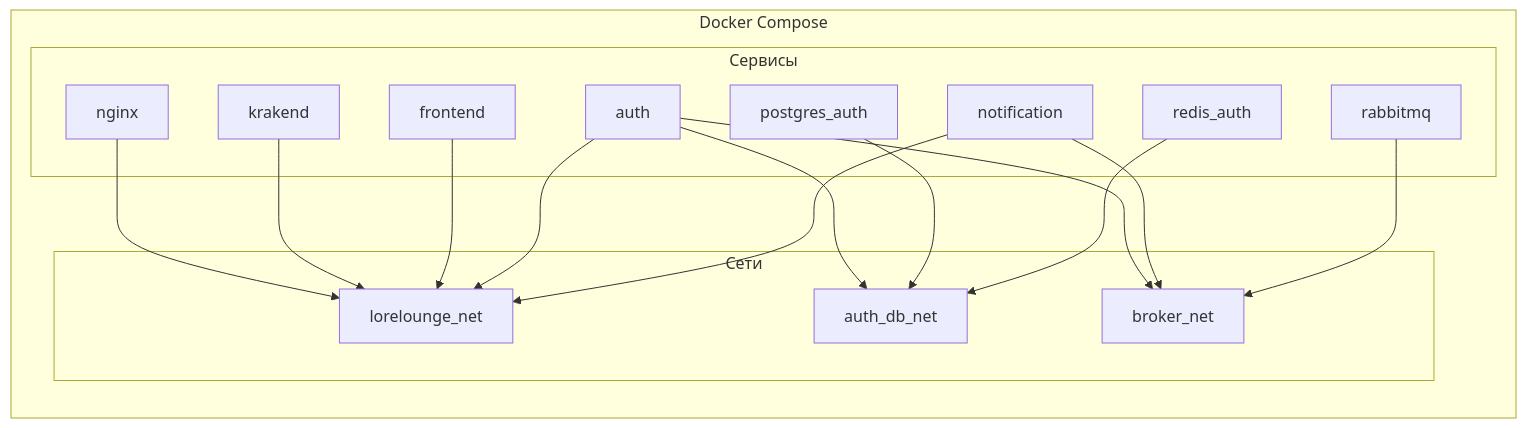
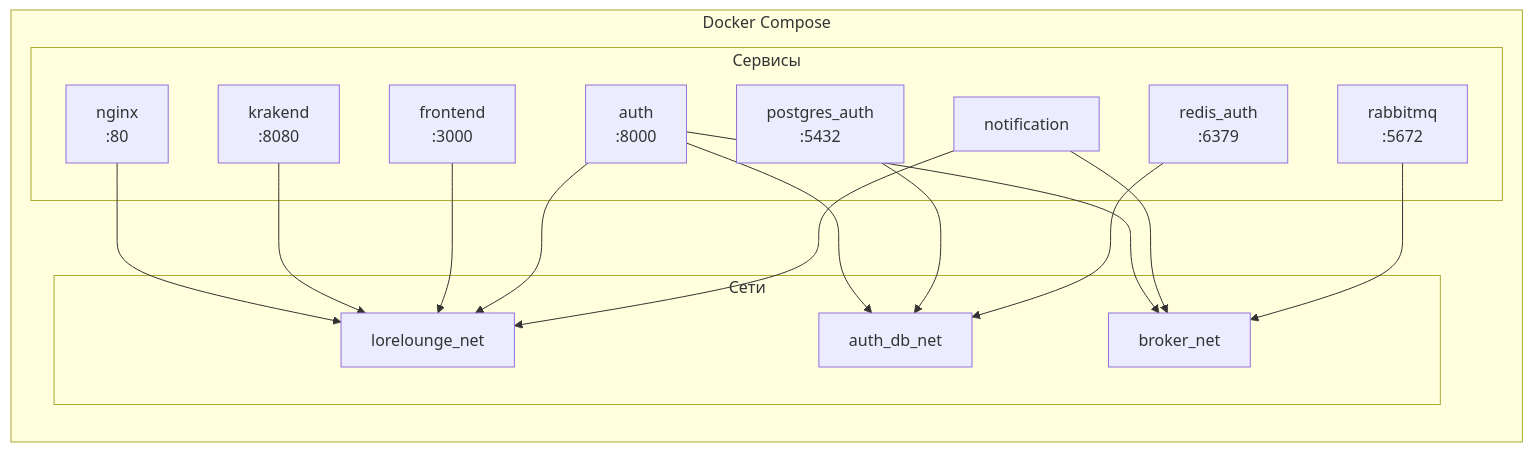
One commit to mindcoree/LoreLounge changed the fifth of 5 diagrams in docs/architecture.md. Above: the diagram before and after it, drawn with Mermaid. The commit also changed other lines of this file and 1 other file, not shown here.

````diff
--- a/docs/architecture.md
+++ b/docs/architecture.md
@@ -140,35 +180,35 @@
 ```mermaid
 flowchart LR
     subgraph Docker["Docker Compose"]
         subgraph Networks["Сети"]
             Net1["lorelounge_net"]
             Net2["auth_db_net"]
             Net3["broker_net"]
         end
 
         subgraph Services["Сервисы"]
-            Nginx["nginx"]
-            KrakenD["krakend"]
-            NextJS["frontend"]
-            Auth["auth"]
+            Nginx["nginx<br/>:80"]
+            KrakenD["krakend<br/>:8080"]
+            NextJS["frontend<br/>:3000"]
+            Auth["auth<br/>:8000"]
             Notif["notification"]
-            PG["postgres_auth"]
-            Redis["redis_auth"]
-            RMQ["rabbitmq"]
+            PG["postgres_auth<br/>:5432"]
+            Redis["redis_auth<br/>:6379"]
+            RMQ["rabbitmq<br/>:5672"]
         end
 
         Nginx --> Net1
         KrakenD --> Net1
         NextJS --> Net1
         Auth --> Net1
         Notif --> Net1
 
         Auth --> Net2
         PG --> Net2
         Redis --> Net2
 
         Auth --> Net3
         Notif --> Net3
         RMQ --> Net3
     end
 ```
````
